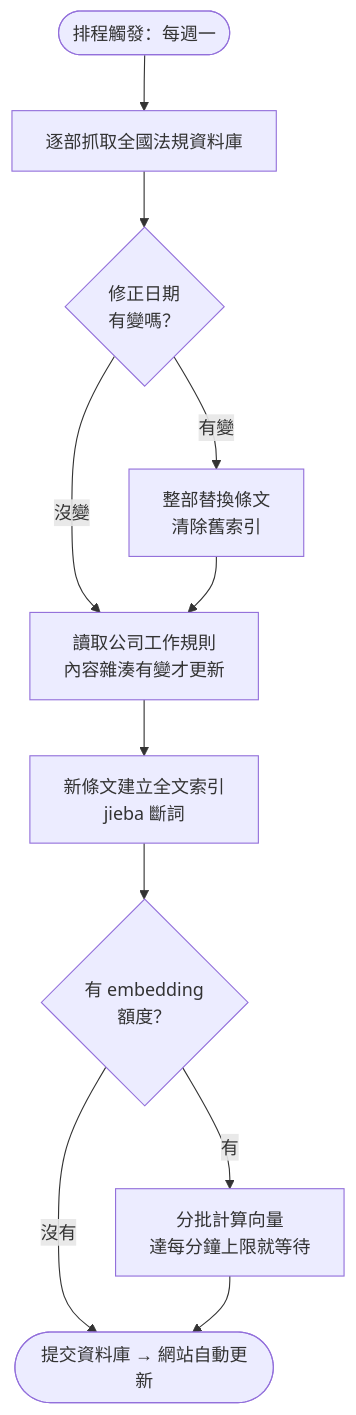
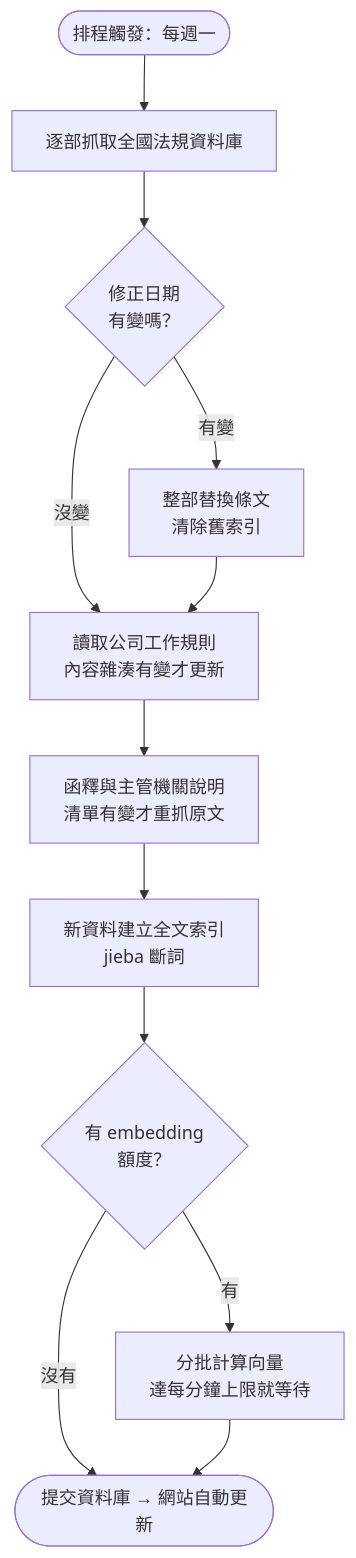
Before and after one commit to ayii0111/workrules-qa: the first of 2 diagrams in README.md, drawn with Mermaid. The commit also changed other lines of this file and 4 other files, not shown here.

````diff
--- a/README.md
+++ b/README.md
@@ -50,13 +71,14 @@
 ```mermaid
 flowchart TD
     start([排程觸發：每週一]) --> fetch[逐部抓取全國法規資料庫]
     fetch --> changed{修正日期<br/>有變嗎？}
     changed -- 沒變 --> hb
     changed -- 有變 --> replace[整部替換條文<br/>清除舊索引]
     replace --> hb[讀取公司工作規則<br/>內容雜湊有變才更新]
-    hb --> fts[新條文建立全文索引<br/>jieba 斷詞]
+    hb --> ip[函釋與主管機關說明<br/>清單有變才重抓原文]
+    ip --> fts[新資料建立全文索引<br/>jieba 斷詞]
     fts --> emb{有 embedding<br/>額度？}
     emb -- 有 --> vec[分批計算向量<br/>達每分鐘上限就等待]
     emb -- 沒有 --> done
     vec --> done([提交資料庫 → 網站自動更新])
 ```
````
